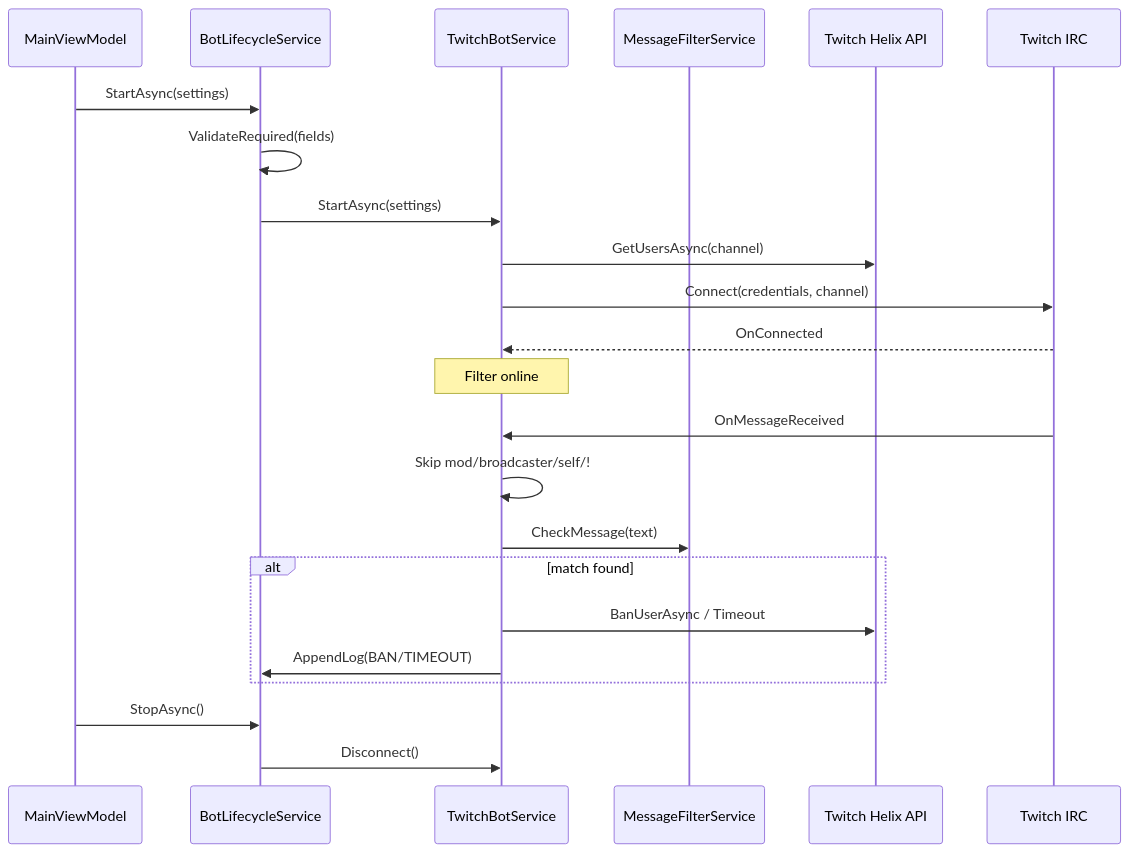
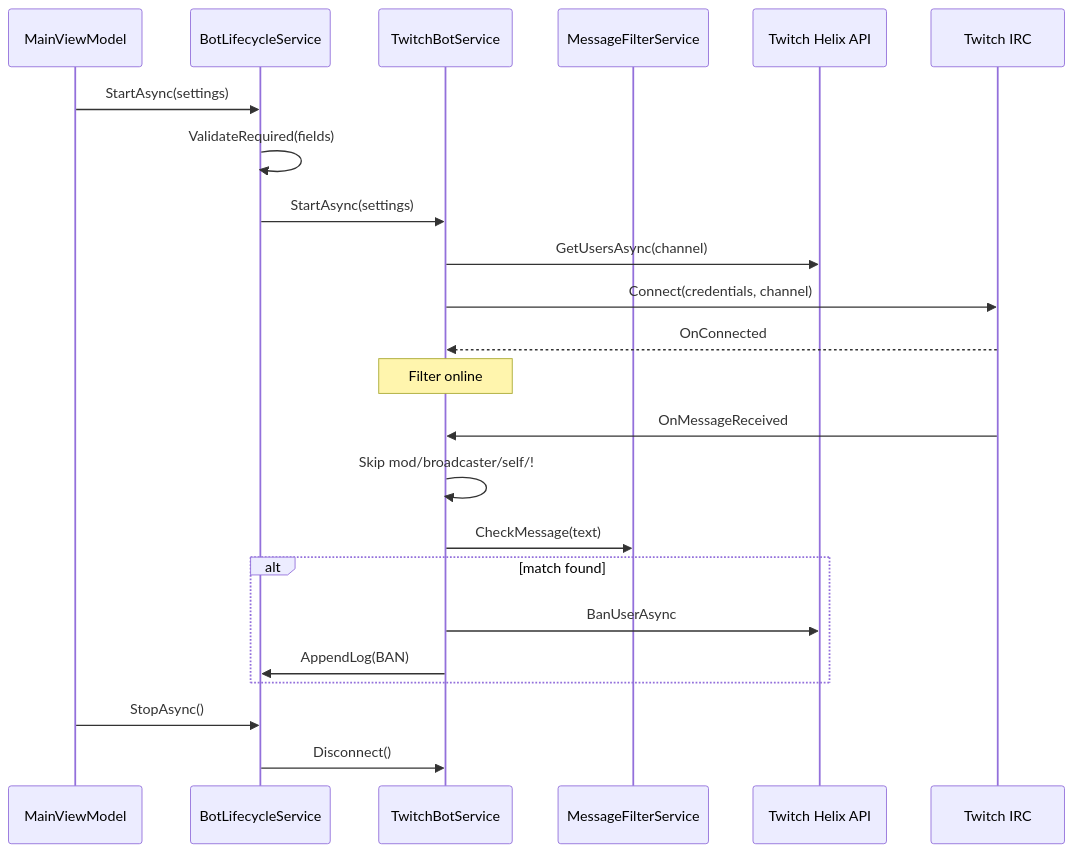
The diagram in README.md (taganovv/ban_words_filter), drawn with Mermaid before and after one commit. The commit also changed other lines of this file and 32 other files, not shown here.

````diff
--- a/README.md
+++ b/README.md
@@ -298,28 +315,28 @@
 ```mermaid
 sequenceDiagram
     participant UI as MainViewModel
     participant LC as BotLifecycleService
     participant TW as TwitchBotService
     participant FL as MessageFilterService
     participant API as Twitch Helix API
     participant IRC as Twitch IRC
 
     UI->>LC: StartAsync(settings)
     LC->>LC: ValidateRequired(fields)
     LC->>TW: StartAsync(settings)
     TW->>API: GetUsersAsync(channel)
     TW->>IRC: Connect(credentials, channel)
     IRC-->>TW: OnConnected
     Note over TW: Filter online
 
     IRC->>TW: OnMessageReceived
     TW->>TW: Skip mod/broadcaster/self/!
     TW->>FL: CheckMessage(text)
     alt match found
-        TW->>API: BanUserAsync / Timeout
-        TW->>LC: AppendLog(BAN/TIMEOUT)
+        TW->>API: BanUserAsync
+        TW->>LC: AppendLog(BAN)
     end
 
     UI->>LC: StopAsync()
     LC->>TW: Disconnect()
 ```
````
